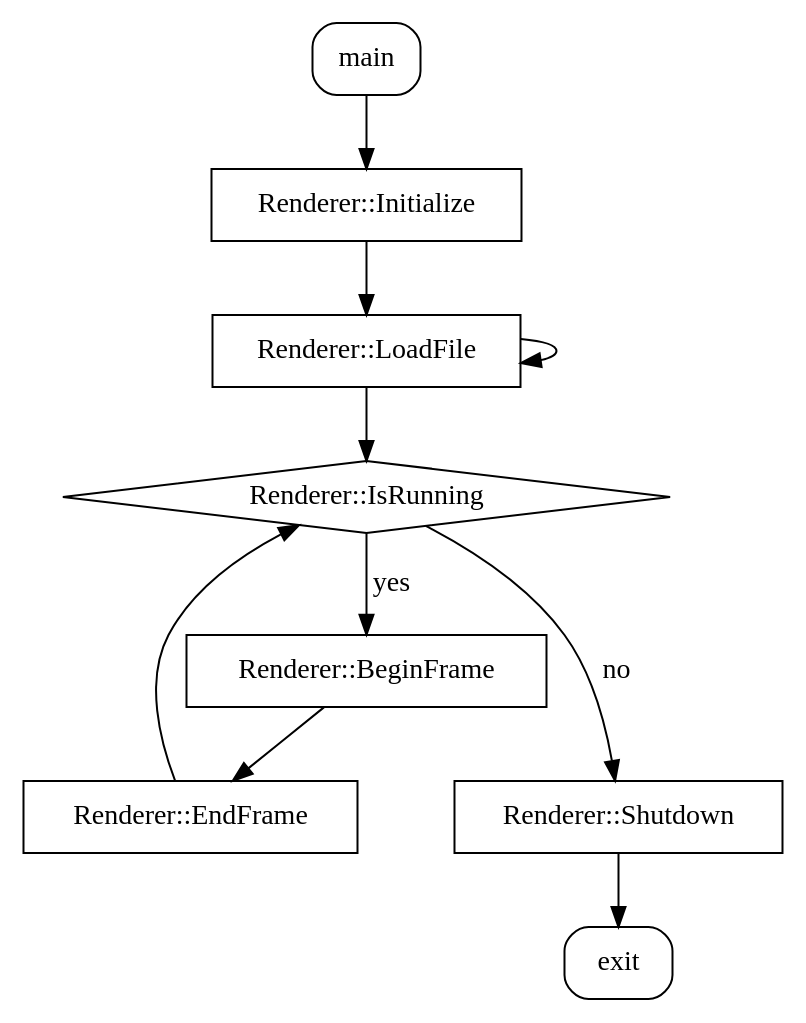
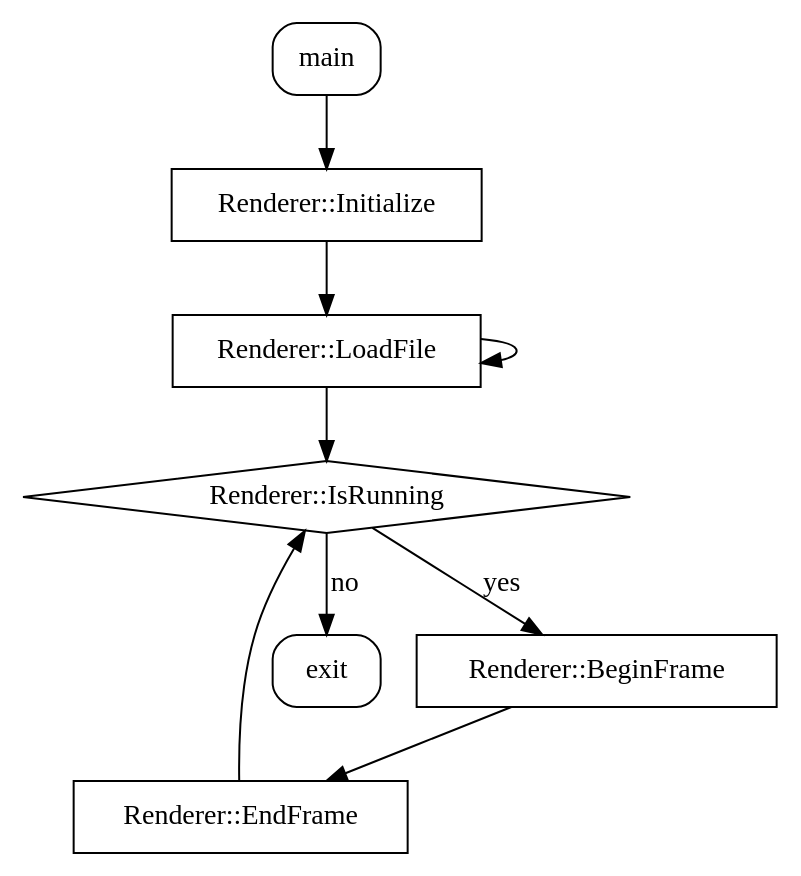
One commit to usnistgov/hevx changed the diagram in docs/figures/appflow.gv. Above: the diagram before and after it, drawn with Graphviz. The commit also changed 43 other files, not shown here.

```diff
--- a/docs/figures/appflow.gv
+++ b/docs/figures/appflow.gv
@@ -1,24 +1,20 @@
 digraph {
   node[shape="box", style="rounded"]
     main; exit;
   node[shape="box", style=""]
-    init; load_file; begin_frame; end_frame; shutdown
+    init; load_file; begin_frame; end_frame
   node[shape="diamond", style=""]
     is_running
 
   main -> init -> load_file -> is_running;
   load_file -> load_file;
-  is_running -> shutdown[label="no"];
+  is_running -> exit[label="no"];
   is_running -> begin_frame[label="yes"];
-  shutdown -> exit;
   begin_frame -> end_frame -> is_running;
 
   init [label="Renderer::Initialize", URL="\ref iris::Renderer::Initialize"]
   load_file [label="Renderer::LoadFile", URL="\ref iris::Renderer::LoadFile"]
   is_running [label="Renderer::IsRunning", URL="\ref iris::Renderer::IsRunning"]
-  shutdown [label="Renderer::Shutdown", URL="\ref iris::Renderer::Shutdown"]
   begin_frame [label="Renderer::BeginFrame", URL="\ref iris::Renderer::BeginFrame"]
   end_frame [label="Renderer::EndFrame", URL="\ref iris::Renderer::EndFrame"]
-
-  {rank=same; end_frame shutdown}
 }
```
